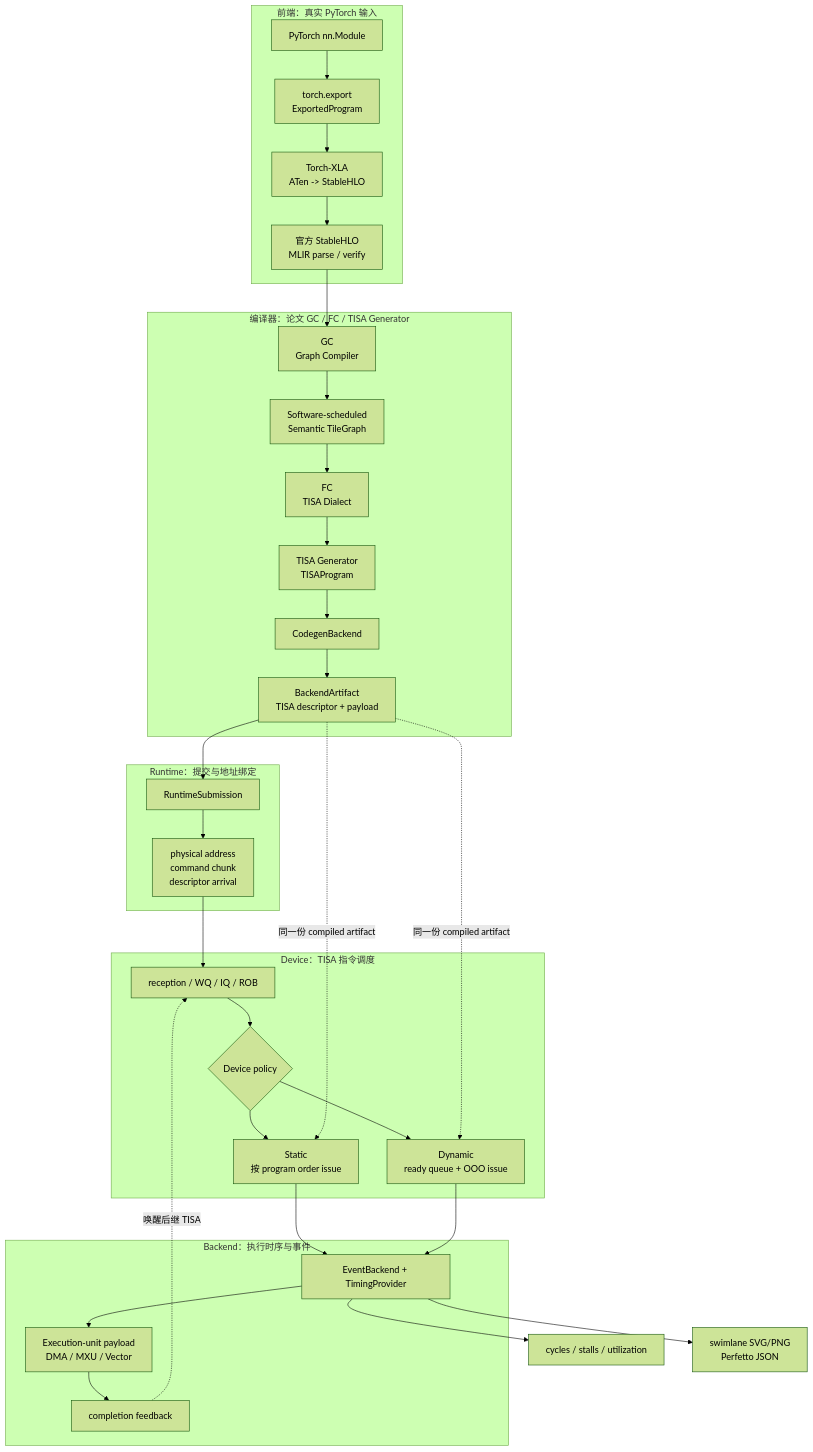
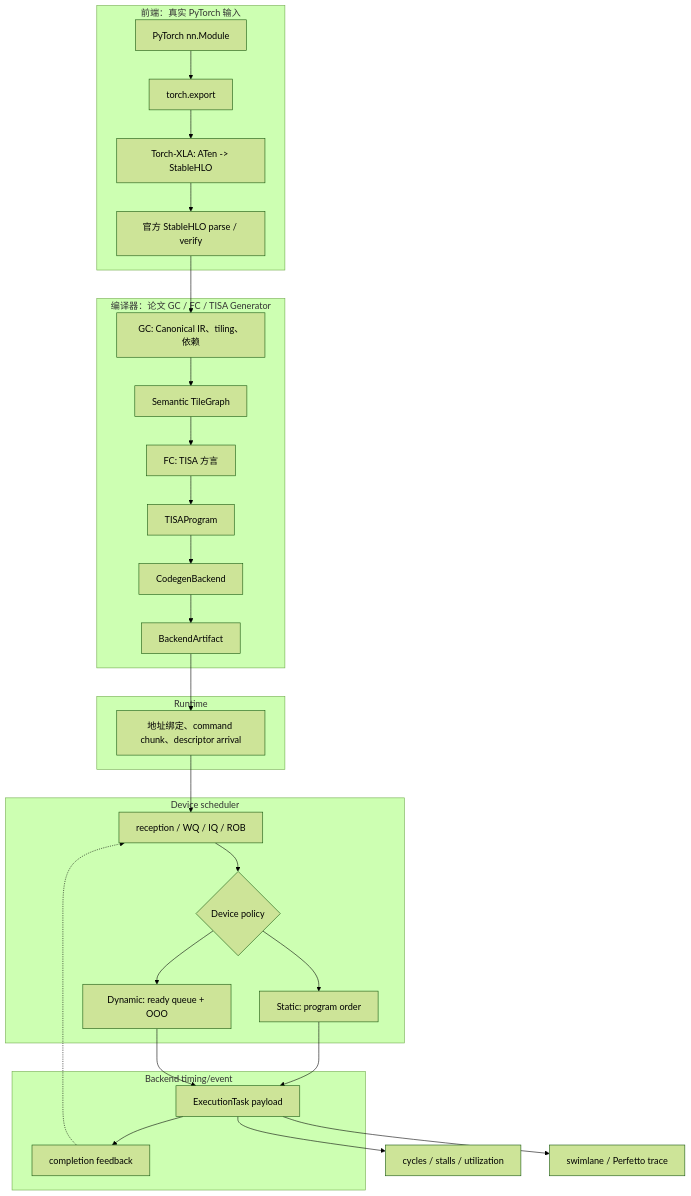
Before and after one commit to cxjiang-bk/npu-ooo-simulator: the diagram in docs/architecture.md, drawn with Mermaid (forest theme). The commit also changed other lines of this file and 9 other files, not shown here.

````diff
--- a/docs/architecture.md
+++ b/docs/architecture.md
@@ -5,42 +5,38 @@
 ```mermaid
 flowchart TB
     subgraph Frontend[前端：真实 PyTorch 输入]
-        A[PyTorch nn.Module] --> B[torch.export\nExportedProgram]
-        B --> C[Torch-XLA\nATen -> StableHLO]
-        C --> D[官方 StableHLO\nMLIR parse / verify]
+        A[PyTorch nn.Module] --> B[torch.export]
+        B --> C[Torch-XLA: ATen -> StableHLO]
+        C --> D[官方 StableHLO parse / verify]
     end
 
     subgraph Compiler[编译器：论文 GC / FC / TISA Generator]
-        D --> E[GC\nGraph Compiler]
-        E --> F[Software-scheduled\nSemantic TileGraph]
-        F --> G[FC\nTISA Dialect]
-        G --> H[TISA Generator\nTISAProgram]
+        D --> E[GC: Canonical IR、tiling、依赖]
+        E --> F[Semantic TileGraph]
+        F --> G[FC: TISA 方言]
+        G --> H[TISAProgram]
         H --> I[CodegenBackend]
-        I --> J[BackendArtifact\nTISA descriptor + payload]
+        I --> J[BackendArtifact]
     end
 
-    subgraph Runtime[Runtime：提交与地址绑定]
-        J --> K[RuntimeSubmission]
-        K --> K1[physical address\ncommand chunk\ndescriptor arrival]
+    subgraph Runtime[Runtime]
+        J --> K[地址绑定、command chunk、descriptor arrival]
     end
 
-    subgraph Device[Device：TISA 指令调度]
-        K1 --> L[reception / WQ / IQ / ROB]
+    subgraph Device[Device scheduler]
+        K --> L[reception / WQ / IQ / ROB]
         L --> M{Device policy}
-        M --> N[Static\n按 program order issue]
-        M --> O[Dynamic\nready queue + OOO issue]
+        M --> N[Static: program order]
+        M --> O[Dynamic: ready queue + OOO]
     end
 
-    subgraph Backend[Backend：执行时序与事件]
-        N --> P[EventBackend + TimingProvider]
+    subgraph Backend[Backend timing/event]
+        N --> P[ExecutionTask payload]
         O --> P
-        P --> Q[Execution-unit payload\nDMA / MXU / Vector]
-        Q --> R[completion feedback]
-        R -. 唤醒后继 TISA .-> L
+        P --> Q[completion feedback]
+        Q -.-> L
     end
 
-    P --> S[cycles / stalls / utilization]
-    P --> T[swimlane SVG/PNG\nPerfetto JSON]
-    J -. 同一份 compiled artifact .-> N
-    J -. 同一份 compiled artifact .-> O
+    P --> R[cycles / stalls / utilization]
+    P --> S[swimlane / Perfetto trace]
 ```
````
